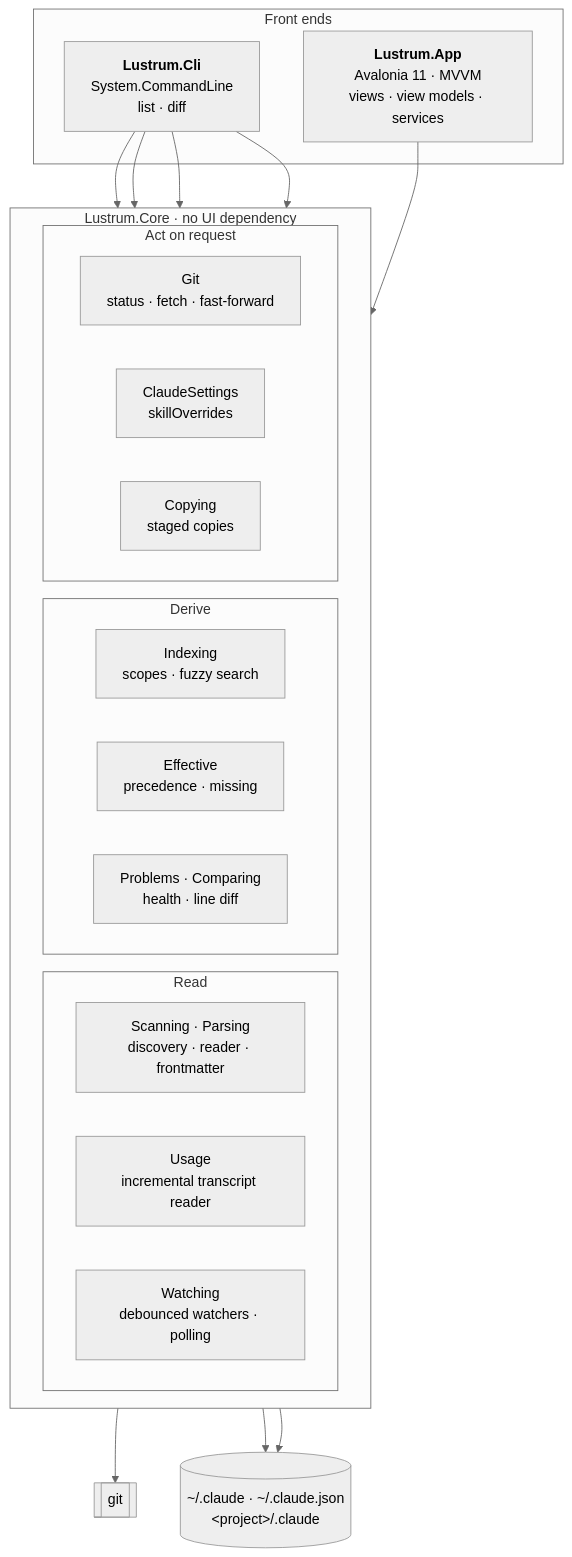
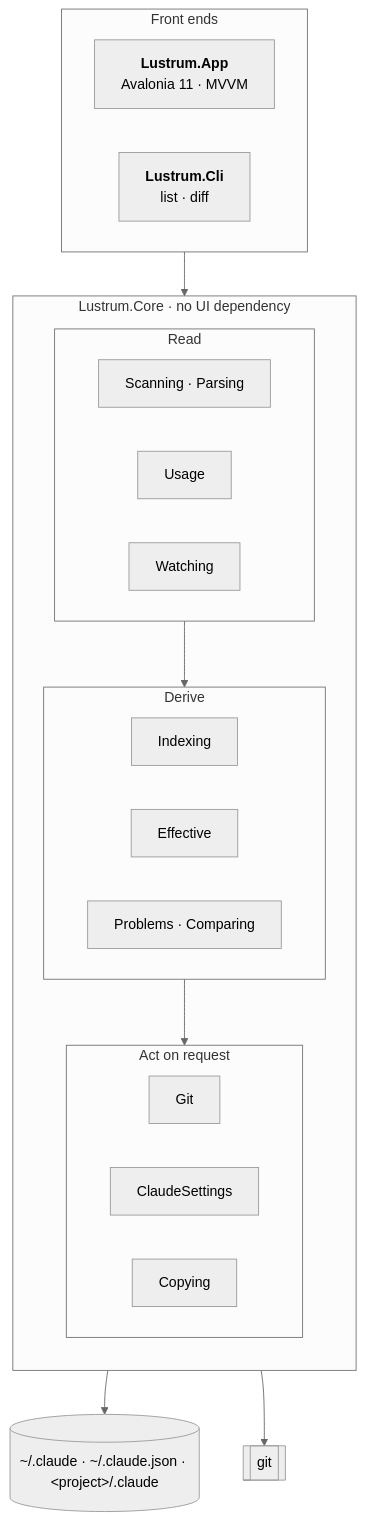
One commit to sburdenko/lustrum changed the first of 2 diagrams in README.md. Above: the diagram before and after it, drawn with Mermaid (neutral theme).

Commit message:
docs: make the layer diagram readable at README width

````diff
--- a/README.md
+++ b/README.md
@@ -131,35 +131,38 @@
 ```mermaid
 flowchart TB
     subgraph front["Front ends"]
-        app["<b>Lustrum.App</b><br/>Avalonia 11 · MVVM<br/>views · view models · services"]
-        cli["<b>Lustrum.Cli</b><br/>System.CommandLine<br/>list · diff"]
+        direction LR
+        app["<b>Lustrum.App</b><br/>Avalonia 11 · MVVM"]
+        cli["<b>Lustrum.Cli</b><br/>list · diff"]
     end
 
     subgraph core["Lustrum.Core · no UI dependency"]
-        direction LR
+        direction TB
         subgraph read["Read"]
-            scanning["Scanning · Parsing<br/>discovery · reader · frontmatter"]
-            usage["Usage<br/>incremental transcript reader"]
-            watching["Watching<br/>debounced watchers · polling"]
+            direction LR
+            scanning["Scanning · Parsing"]
+            usage["Usage"]
+            watching["Watching"]
         end
         subgraph derive["Derive"]
-            indexing["Indexing<br/>scopes · fuzzy search"]
-            effective["Effective<br/>precedence · missing"]
-            problems["Problems · Comparing<br/>health · line diff"]
+            direction LR
+            indexing["Indexing"]
+            effective["Effective"]
+            problems["Problems · Comparing"]
         end
         subgraph act["Act on request"]
-            git["Git<br/>status · fetch · fast-forward"]
-            claude["ClaudeSettings<br/>skillOverrides"]
-            copying["Copying<br/>staged copies"]
+            direction LR
+            git["Git"]
+            claude["ClaudeSettings"]
+            copying["Copying"]
         end
+        read --> derive --> act
     end
 
-    disk[("~/.claude · ~/.claude.json<br/>&lt;project&gt;/.claude")]
+    disk[("~/.claude · ~/.claude.json · &lt;project&gt;/.claude")]
     gitcli[["git"]]
 
-    app --> core
-    cli --> scanning & usage & effective & problems
-    read --> disk
-    act --> disk
-    git --> gitcli
+    front --> core
+    core --> disk
+    core --> gitcli
 ```
````
